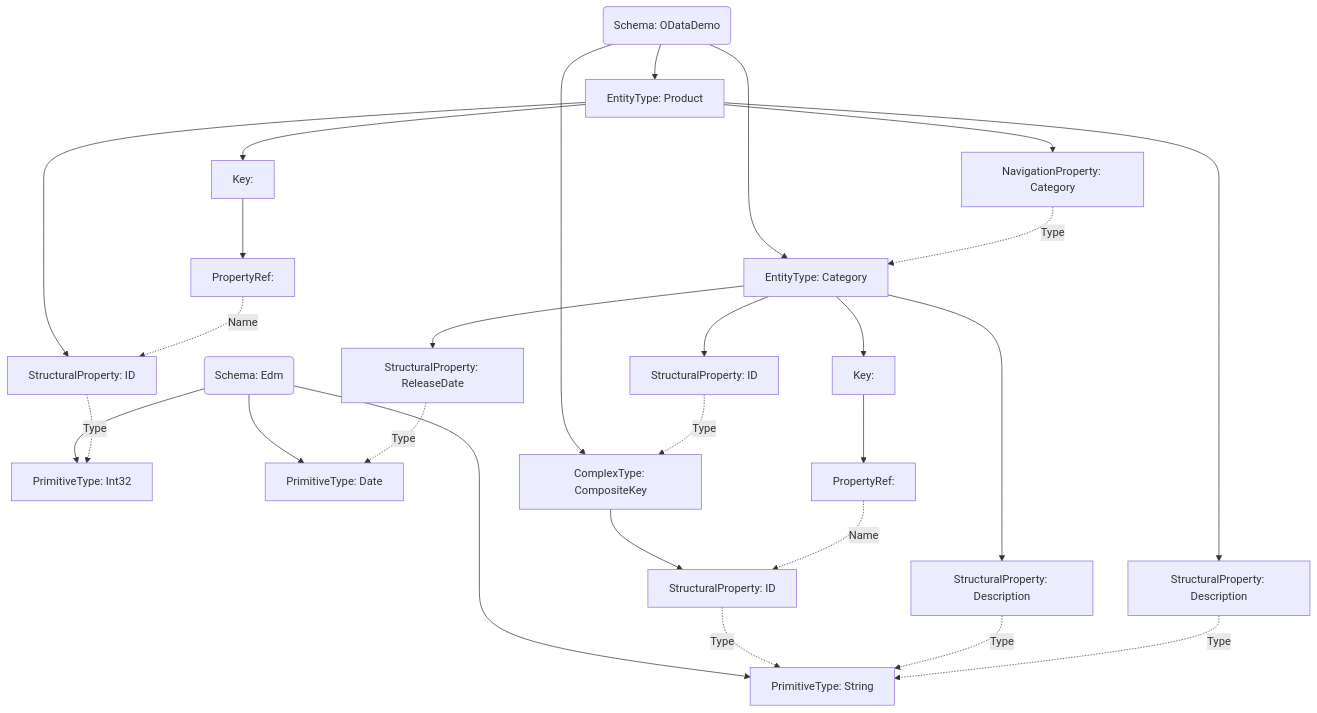
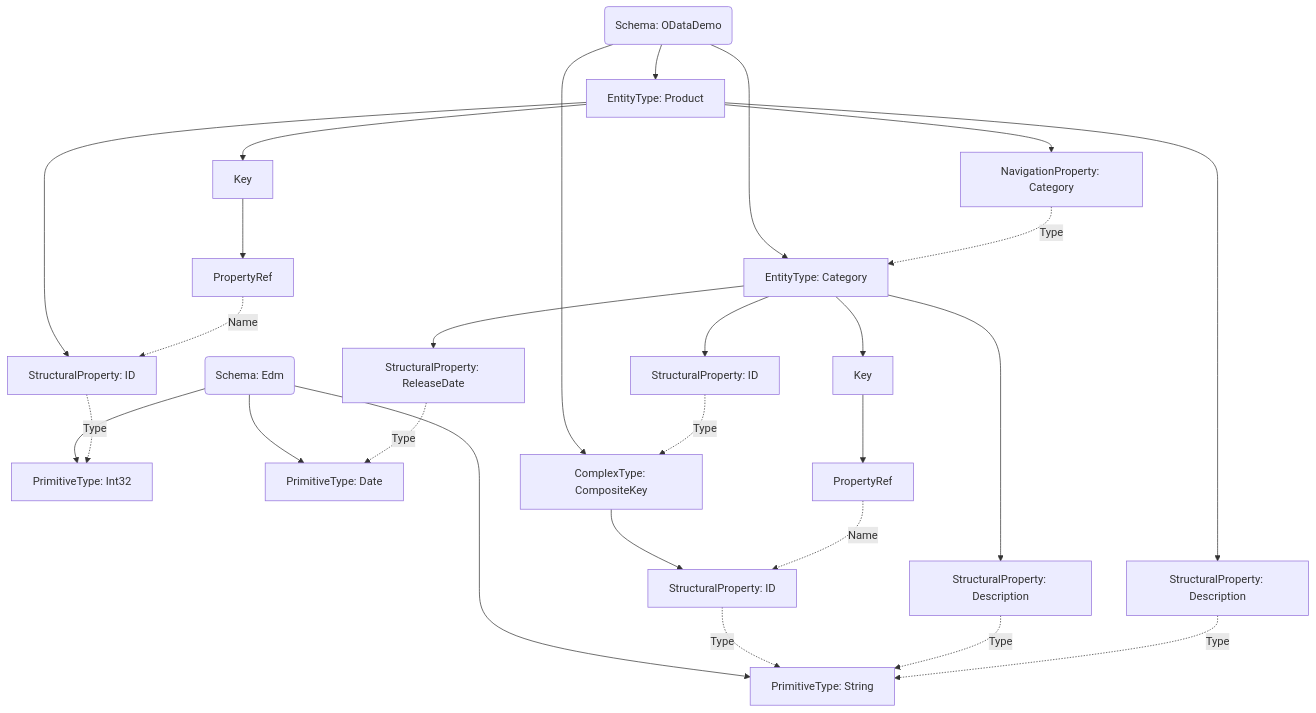
Before and after one commit to xtofs/mml: the diagram in src/generated/model.md, drawn with Mermaid. The commit also changed 4 other files, not shown here.

Commit message:
cleanup diagram

````diff
--- a/src/generated/model.md
+++ b/src/generated/model.md
@@ -1,49 +1,49 @@
 ```mermaid
     graph
 
     n0("Schema: Edm")
     n1["PrimitiveType: Int32"]
     n2["PrimitiveType: String"]
     n3["PrimitiveType: Date"]
     n4("Schema: ODataDemo")
     n5["ComplexType: CompositeKey"]
     n6["StructuralProperty: ID"]
     n7["EntityType: Category"]
-    n8["Key: "]
-    n9["PropertyRef: "]
+    n8["Key"]
+    n9["PropertyRef"]
     n10["StructuralProperty: ID"]
     n11["StructuralProperty: Description"]
     n12["StructuralProperty: ReleaseDate"]
     n13["EntityType: Product"]
-    n14["Key: "]
-    n15["PropertyRef: "]
+    n14["Key"]
+    n15["PropertyRef"]
     n16["StructuralProperty: ID"]
     n17["StructuralProperty: Description"]
     n18["NavigationProperty: Category"]
     n0-->n1
     n0-->n2
     n0-->n3
     n4-->n5
     n4-->n7
     n4-->n13
     n5-->n6
     n6-.->|Type|n2
     n7-->n8
     n7-->n10
     n7-->n11
     n7-->n12
     n8-->n9
     n9-.->|Name|n6
     n10-.->|Type|n5
     n11-.->|Type|n2
     n12-.->|Type|n3
     n13-->n14
     n13-->n16
     n13-->n17
     n13-->n18
     n14-->n15
     n15-.->|Name|n16
     n16-.->|Type|n1
     n17-.->|Type|n2
     n18-.->|Type|n7
 ```
````
